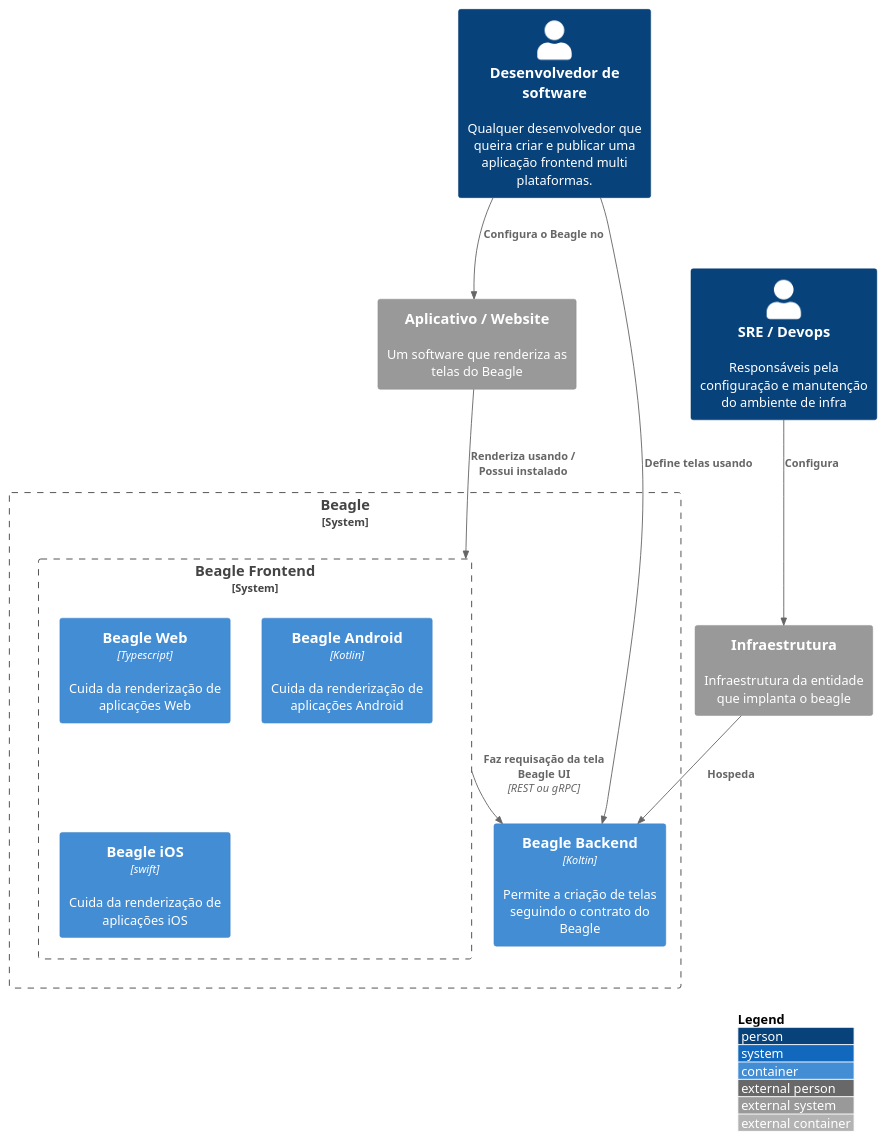
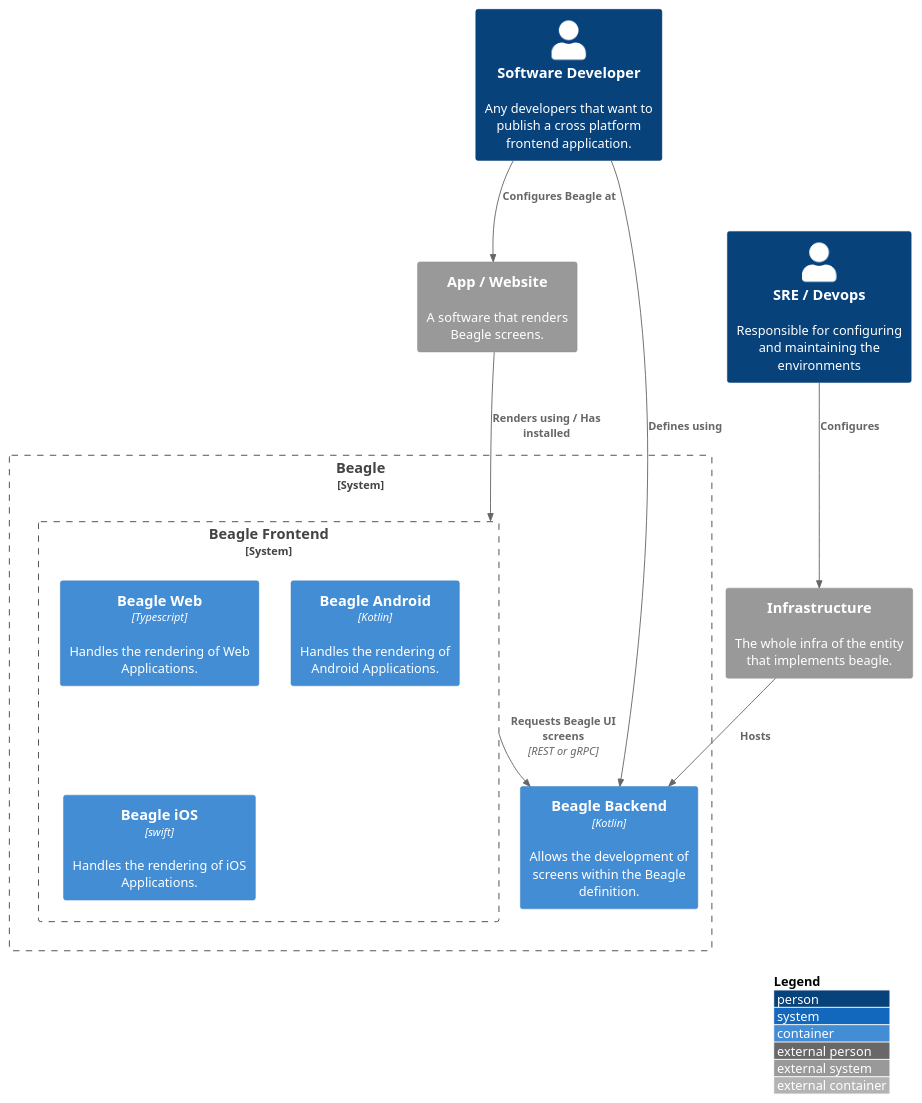
Before and after one commit to ZupIT/beagle-c4model: the diagram in en/src/C2 - Container/c2.puml, drawn with PlantUML. The commit also changed 18 other files, not shown here.

```diff
--- a/en/src/C2 - Container/c2.puml
+++ b/en/src/C2 - Container/c2.puml
@@ -1,29 +1,29 @@
 @startuml container
 !include https://raw.githubusercontent.com/adrianvlupu/C4-PlantUML/latest/C4_Container.puml
 
 LAYOUT_WITH_LEGEND()
 
-Person(software_developer, "Desenvolvedor de software", "Qualquer desenvolvedor que queira criar e publicar uma aplicação frontend multi plataformas.")
+Person(software_developer, "Software Developer", "Any developers that want to publish a cross platform frontend application.")
 System_Boundary(beagle, "Beagle"){
   
-  Container(beagle_backend, "Beagle Backend", "Koltin", "Permite a criação de telas seguindo o contrato do Beagle")
+  Container(beagle_backend, "Beagle Backend", "Kotlin", "Allows the development of screens within the Beagle definition.")
 
   System_Boundary(beagle_frontend, "Beagle Frontend") {
       
-    Container(beagle_web_core, "Beagle Web", "Typescript", "Cuida da renderização de aplicações Web")
-      Container(beagle_android, "Beagle Android", "Kotlin", "Cuida da renderização de aplicações Android")
-      Container(beagle_ios, "Beagle iOS", "swift", "Cuida da renderização de aplicações iOS")
+    Container(beagle_web_core, "Beagle Web", "Typescript", "Handles the rendering of Web Applications.")
+      Container(beagle_android, "Beagle Android", "Kotlin", "Handles the rendering of Android Applications.")
+      Container(beagle_ios, "Beagle iOS", "swift", "Handles the rendering of iOS Applications.")
   }
 }
-System_Ext(frontend_app, "Aplicativo / Website", "Um software que renderiza as telas do Beagle")
-System_Ext(infra, "Infraestrutura", "Infraestrutura da entidade que implanta o beagle")
-Person(sre, "SRE / Devops", "Responsáveis pela configuração e manutenção do ambiente de infra")
+System_Ext(frontend_app, "App / Website", "A software that renders Beagle screens.")
+System_Ext(infra, "Infrastructure", "The whole infra of the entity that implements beagle.")
+Person(sre, "SRE / Devops", "Responsible for configuring and maintaining the environments")
 
-Rel(software_developer, beagle_backend, "Define telas usando")
-Rel(frontend_app, beagle_frontend, "Renderiza usando / Possui instalado")
-Rel(beagle_frontend, beagle_backend, "Faz requisação da tela Beagle UI","REST ou gRPC")
-Rel(infra, beagle_backend, "Hospeda")
-Rel(sre, infra, "Configura")
-Rel(software_developer, frontend_app, "Configura o Beagle no")
+Rel(software_developer, beagle_backend, "Defines using")
+Rel(frontend_app, beagle_frontend, "Renders using / Has installed")
+Rel(beagle_frontend, beagle_backend, "Requests Beagle UI screens","REST or gRPC")
+Rel(infra, beagle_backend, "Hosts")
+Rel(sre, infra, "Configures")
+Rel(software_developer, frontend_app, "Configures Beagle at")
 
 @enduml
```
